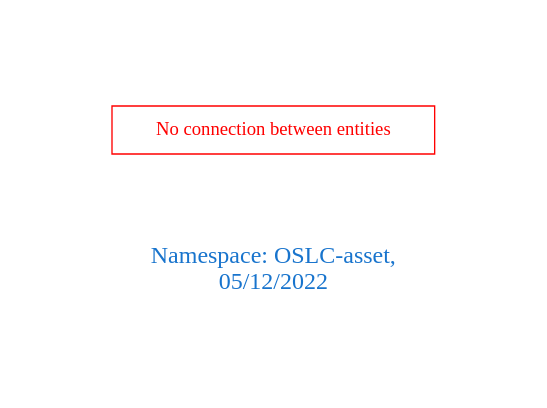
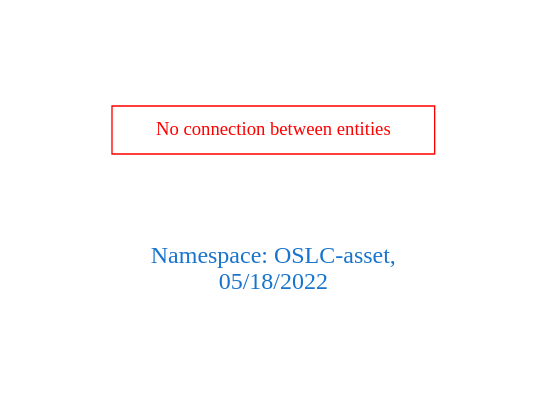
The diagram in downloads/OSLC-asset.dot (arago/OGIT), drawn with Graphviz before and after one commit. The commit also changed 1927 other files, not shown here.

```diff
--- a/downloads/OSLC-asset.dot
+++ b/downloads/OSLC-asset.dot
@@ -1,9 +1,9 @@
 digraph OGIT_ontology {
  graph [ rankdir= LR,pad=1 
 fontsize = 18,
-fontcolor= dodgerblue3,label = "\n\n\nNamespace: OSLC-asset, \n 05/12/2022"];
+fontcolor= dodgerblue3,label = "\n\n\nNamespace: OSLC-asset, \n 05/18/2022"];
 node[shape=polygon];
 edge [  color="gray81"];
 
 "No connection between entities" [fontcolor = "red",color="red", shape="polygon"]
 }
```
